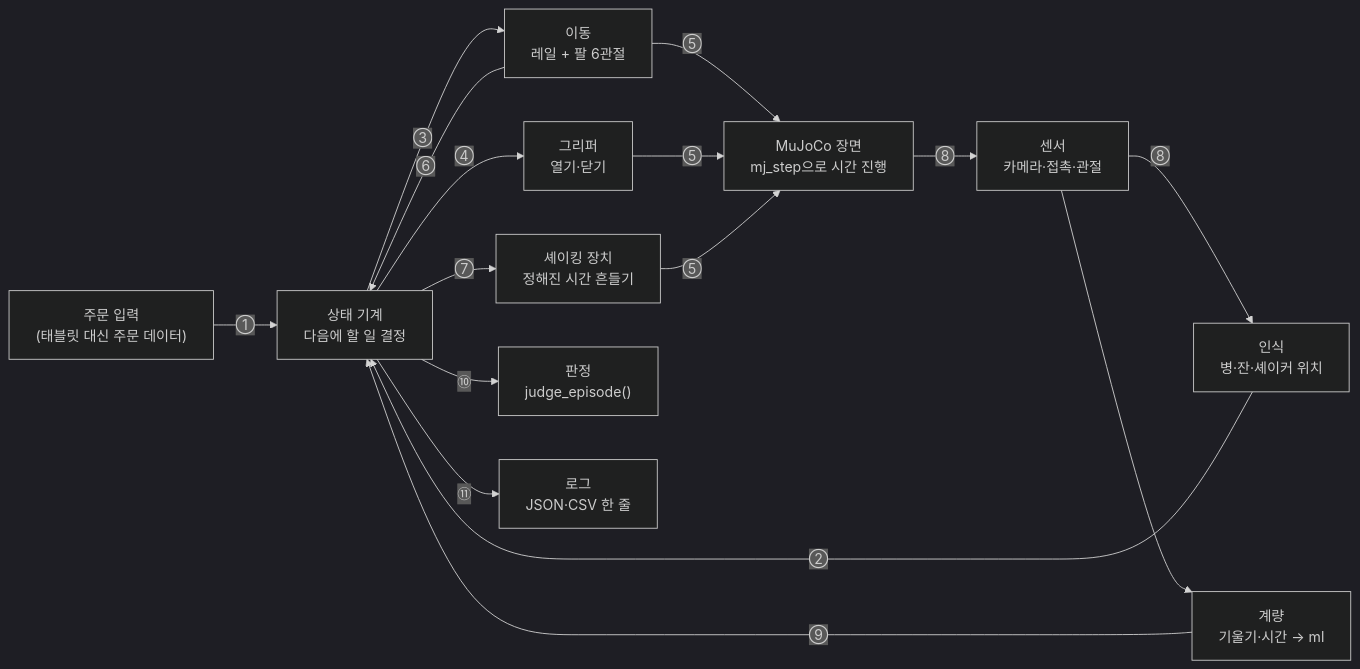
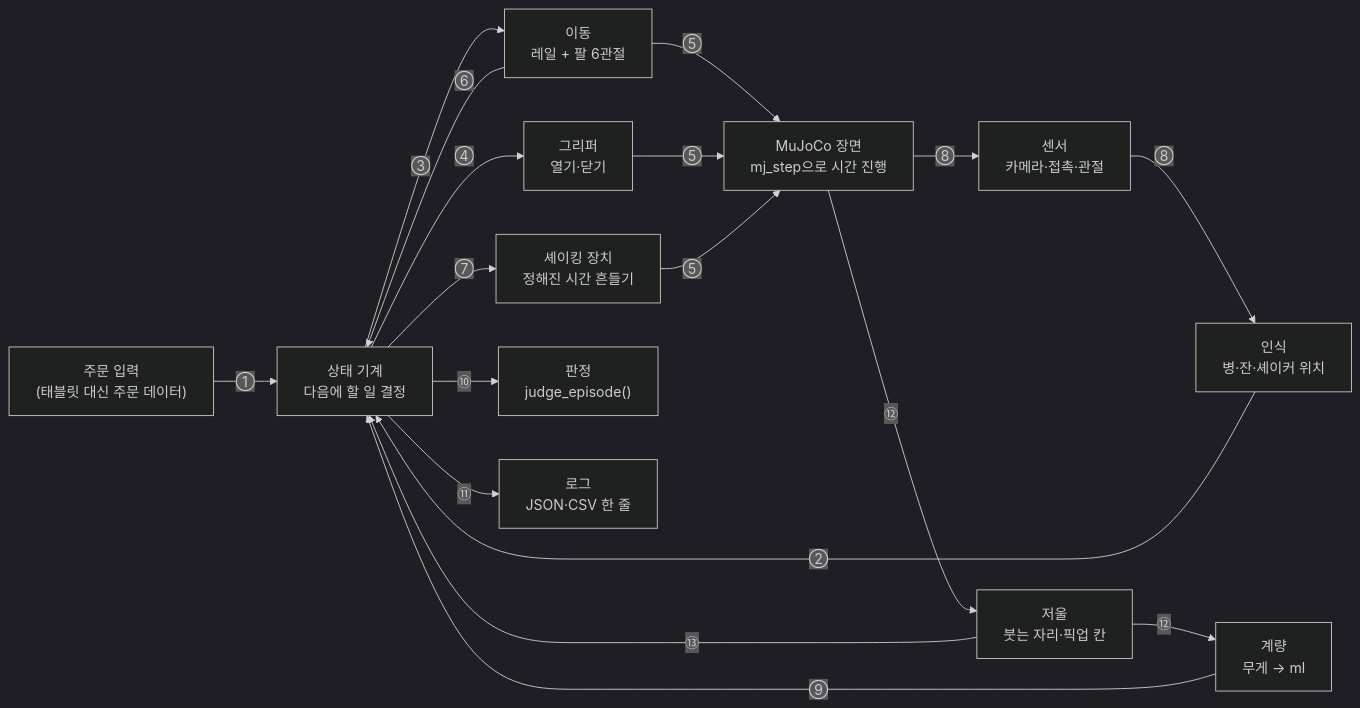
One commit to Simotimon/project-Cocktail-robot changed the diagram in docs/architecture.md. Above: the diagram before and after it, drawn with Mermaid (dark theme). The commit also changed other lines of this file and 7 other files, not shown here.

````diff
--- a/docs/architecture.md
+++ b/docs/architecture.md
@@ -16,18 +16,20 @@
 ```mermaid
 flowchart LR
     O["주문 입력<br/>(태블릿 대신 주문 데이터)"] -- "①" --> S["상태 기계<br/>다음에 할 일 결정"]
     P["인식<br/>병·잔·셰이커 위치"] -- "②" --> S
     S -- "③" --> M["이동<br/>레일 + 팔 6관절"]
     S -- "④" --> G["그리퍼<br/>열기·닫기"]
     S -- "⑦" --> D["셰이킹 장치<br/>정해진 시간 흔들기"]
     M -- "⑥" --> S
     M -- "⑤" --> W["MuJoCo 장면<br/>mj_step으로 시간 진행"]
     G -- "⑤" --> W
     D -- "⑤" --> W
     W -- "⑧" --> C["센서<br/>카메라·접촉·관절"]
     C -- "⑧" --> P
-    C --> Q["계량<br/>기울기·시간 → ml"]
+    W -- "⑫" --> K["저울<br/>붓는 자리·픽업 칸"]
+    K -- "⑫" --> Q["계량<br/>무게 → ml"]
+    K -- "⑬" --> S
     Q -- "⑨" --> S
     S -- "⑩" --> J["판정<br/>judge_episode()"]
     S -- "⑪" --> L["로그<br/>JSON·CSV 한 줄"]
 ```
````
